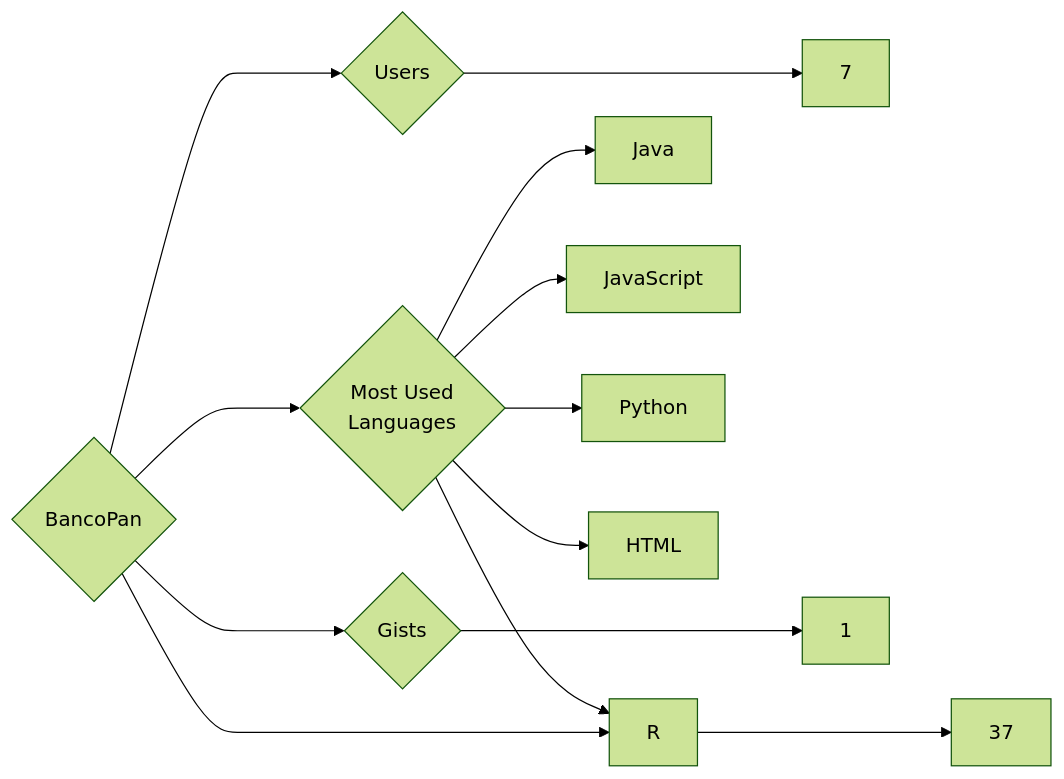
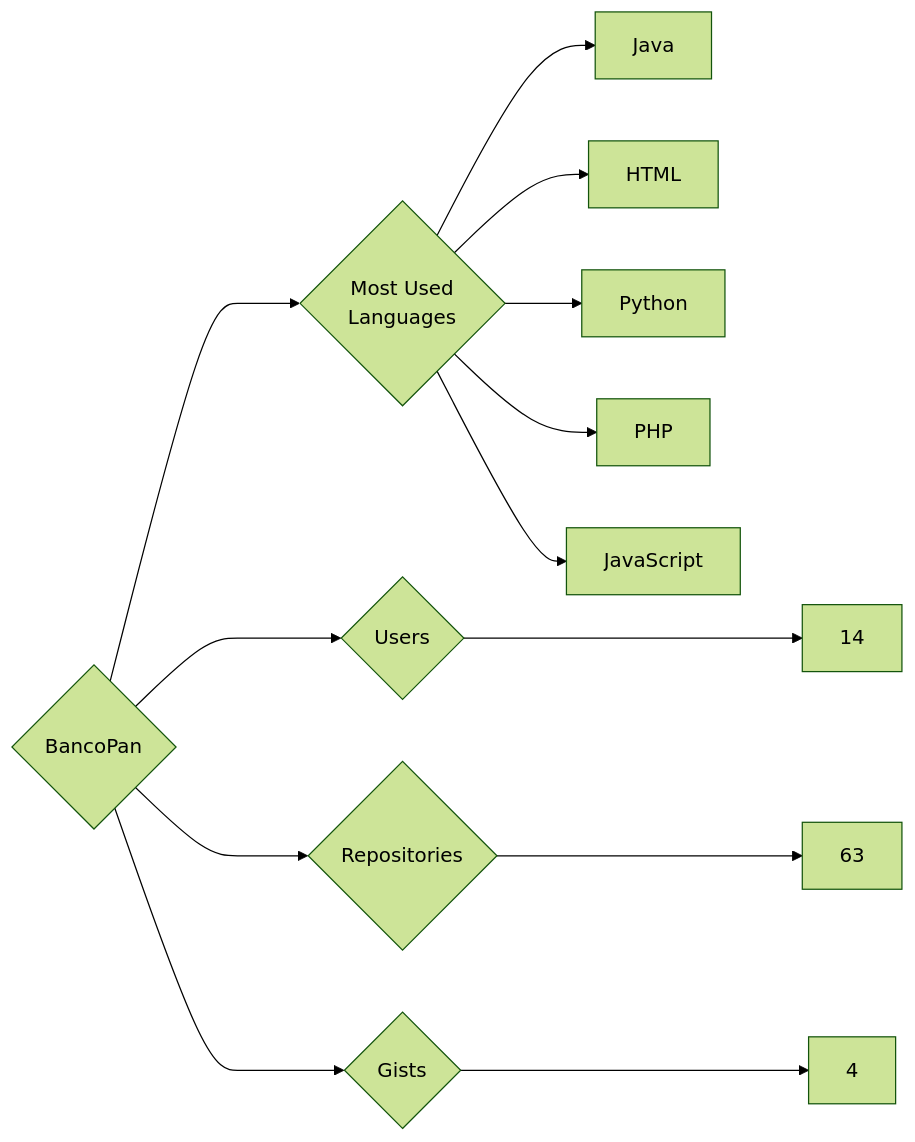
Before and after one commit to trickest/insiders: the diagram in targets/BancoPan/README.md, drawn with Mermaid (forest theme). The commit also changed 1238 other files, not shown here.

````diff
--- a/targets/BancoPan/README.md
+++ b/targets/BancoPan/README.md
@@ -3,13 +3,13 @@
 ```mermaid
 graph LR
 COMPANY_NAME{BancoPan}
-COMPANY_NAME ---> U{Users} ---> UN[7]
-COMPANY_NAME ---> R{Repositories} ---> RN[37]
-COMPANY_NAME ---> G{Gists} ---> GN[1]
+COMPANY_NAME ---> U{Users} ---> UN[14]
+COMPANY_NAME ---> R{Repositories} ---> RN[63]
+COMPANY_NAME ---> G{Gists} ---> GN[4]
 COMPANY_NAME ---> ML{Most Used<br>Languages}
 ML --> Java[Java]
+ML --> HTML[HTML]
+ML --> Python[Python]
+ML --> PHP[PHP]
 ML --> JavaScript[JavaScript]
-ML --> R[R]
-ML --> Python[Python]
-ML --> HTML[HTML]
 ```
````
